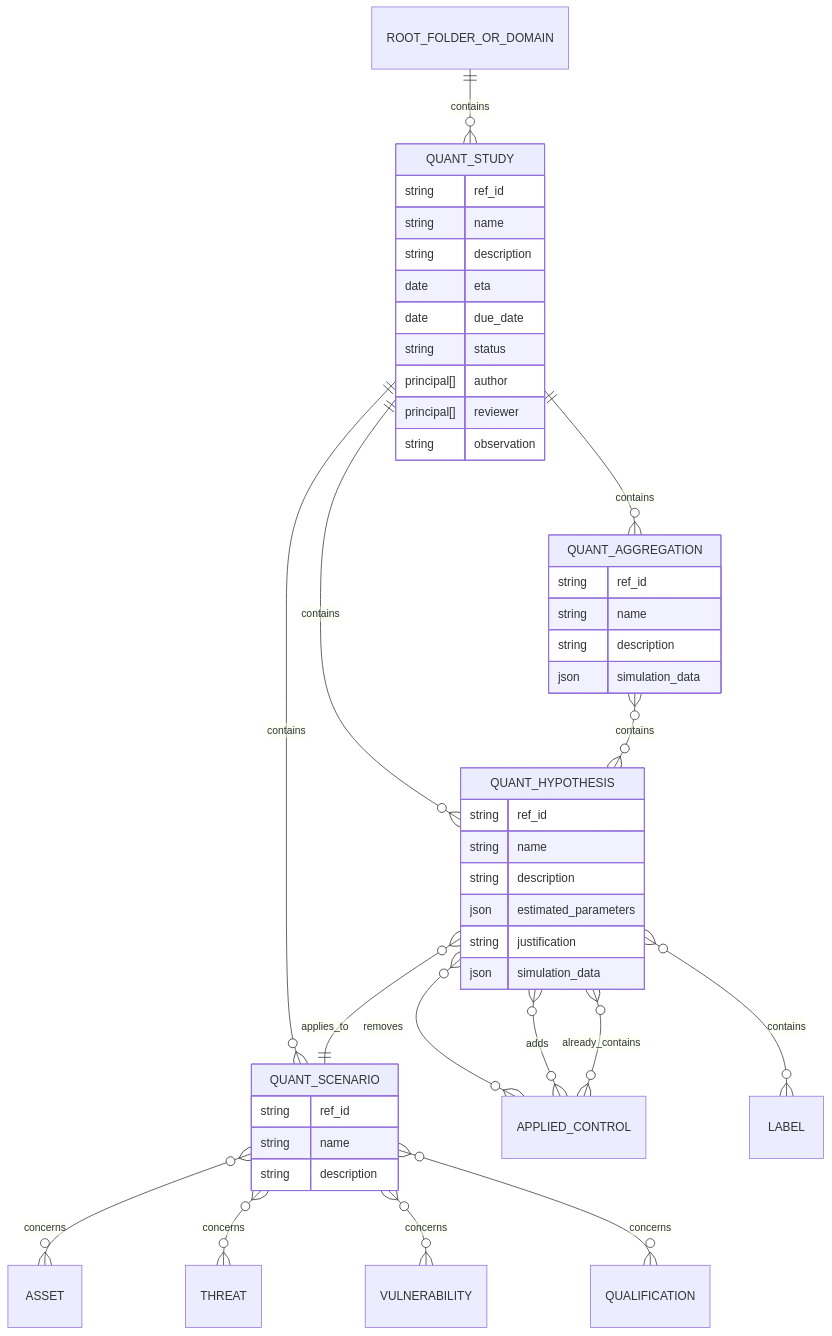
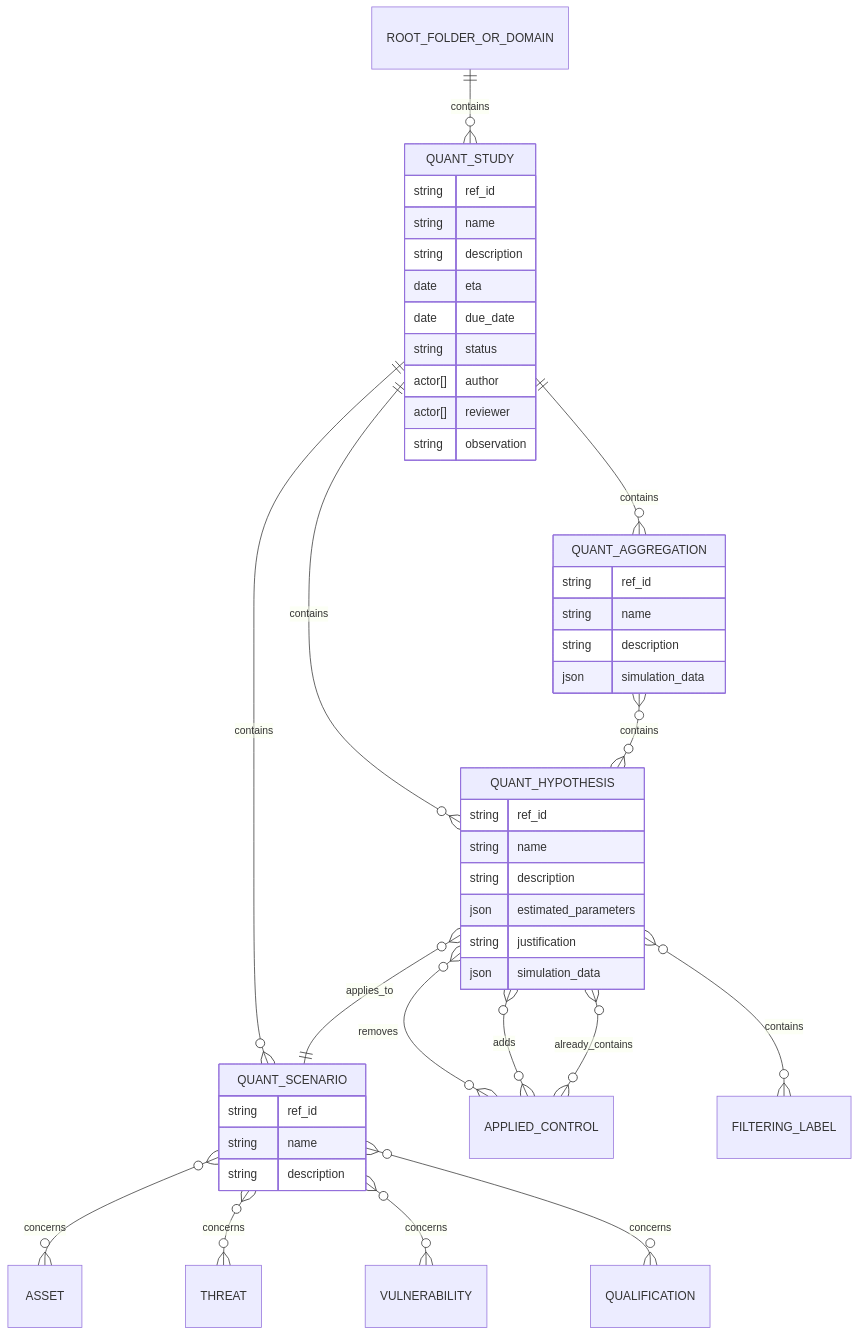
One commit to intuitem/ciso-assistant-community changed diagram 15 of 16 in documentation/architecture/data-model.md. Above: the diagram before and after it, drawn with Mermaid. The commit also changed other lines of this file, not shown here.

````diff
--- a/documentation/architecture/data-model.md
+++ b/documentation/architecture/data-model.md
@@ -1925,54 +1924,54 @@
 ```mermaid
 erDiagram
 
 ROOT_FOLDER_OR_DOMAIN ||--o{ QUANT_STUDY           : contains
 QUANT_STUDY           ||--o{ QUANT_SCENARIO        : contains
 QUANT_STUDY           ||--o{ QUANT_HYPOTHESIS      : contains
 QUANT_STUDY           ||--o{ QUANT_AGGREGATION     : contains
 QUANT_SCENARIO        }o--o{ ASSET                 : concerns
 QUANT_SCENARIO        }o--o{ THREAT                : concerns
 QUANT_SCENARIO        }o--o{ VULNERABILITY         : concerns
 QUANT_SCENARIO        }o--o{ QUALIFICATION         : concerns
 QUANT_HYPOTHESIS      }o--|| QUANT_SCENARIO        : applies_to
 QUANT_HYPOTHESIS      }o--o{ APPLIED_CONTROL       : removes
 QUANT_HYPOTHESIS      }o--o{ APPLIED_CONTROL       : adds
 QUANT_HYPOTHESIS      }o--o{ APPLIED_CONTROL       : already_contains
-QUANT_HYPOTHESIS      }o--o{ LABEL                 : contains
+QUANT_HYPOTHESIS      }o--o{ FILTERING_LABEL       : contains
 QUANT_AGGREGATION     }o--o{ QUANT_HYPOTHESIS      : contains
 
 QUANT_STUDY {
     string      ref_id
     string      name
     string      description
 
     date        eta
     date        due_date
     string      status
-    principal[] author
-    principal[] reviewer
+    actor[]     author
+    actor[]     reviewer
     string      observation
 }
 
 QUANT_SCENARIO {
     string      ref_id
     string      name
     string      description
 }
 
 QUANT_HYPOTHESIS {
     string      ref_id
     string      name
     string      description
     json        estimated_parameters
     string      justification
     json        simulation_data
 }
 
 QUANT_AGGREGATION {
     string      ref_id
     string      name
     string      description
     json        simulation_data
 }
 
 ```
````
